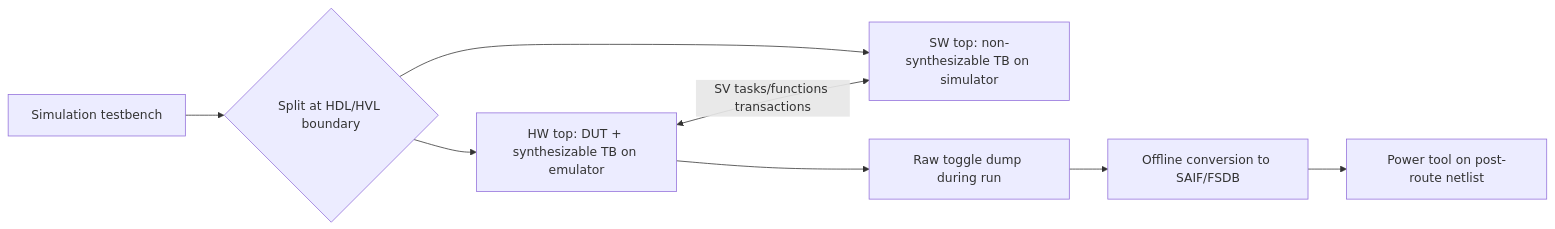
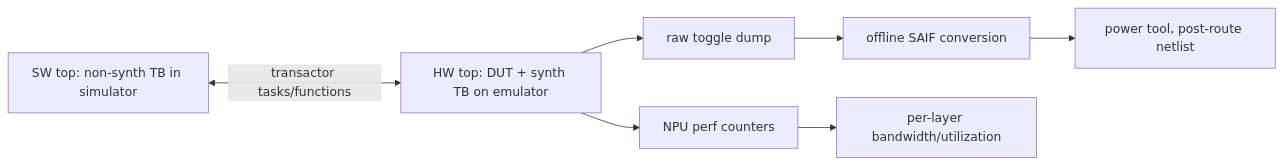
Before and after one commit to nemo99007/yt-paper: the diagram in docs/papers/ref-20261018-9438-emulation-based-power-and-performance-workloads-on-ml-npus.md, drawn with Mermaid. The commit also changed other lines of this file and 172 other files, not shown here.

````diff
--- a/docs/papers/ref-20261018-9438-emulation-based-power-and-performance-workloads-on-ml-npus.md
+++ b/docs/papers/ref-20261018-9438-emulation-based-power-and-performance-workloads-on-ml-npus.md
@@ -238,10 +160,6 @@
 ```mermaid
 flowchart LR
-  TB["Simulation testbench"] --> SPLIT{"Split at HDL/HVL boundary"}
-  SPLIT --> HW["HW top: DUT + synthesizable TB on emulator"]
-  SPLIT --> SW["SW top: non-synthesizable TB on simulator"]
-  HW <-->|"SV tasks/functions transactions"| SW
-  HW --> RAW["Raw toggle dump during run"]
-  RAW --> SAIF["Offline conversion to SAIF/FSDB"]
-  SAIF --> PWR["Power tool on post-route netlist"]
+  SW[SW top: non-synth TB in simulator] <-->|transactor tasks/functions| HW[HW top: DUT + synth TB on emulator]
+  HW --> RAW[raw toggle dump] --> SAIF[offline SAIF conversion] --> PT[power tool, post-route netlist]
+  HW --> CNT[NPU perf counters] --> PERF[per-layer bandwidth/utilization]
 ```
````
